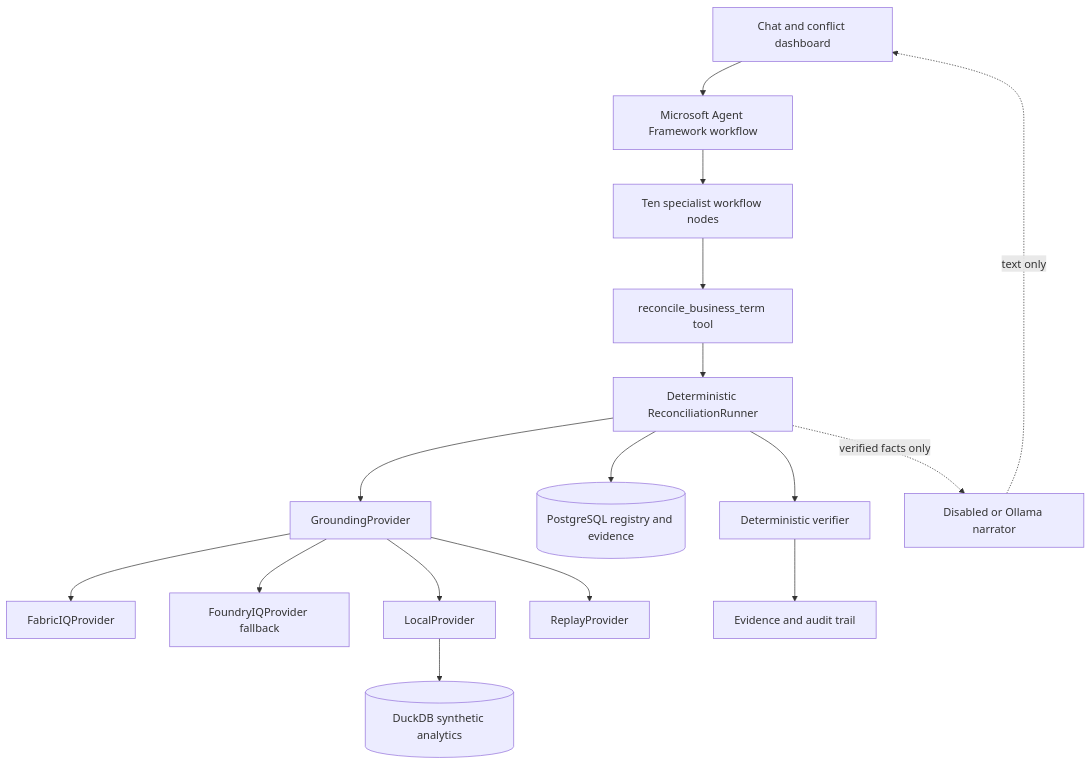
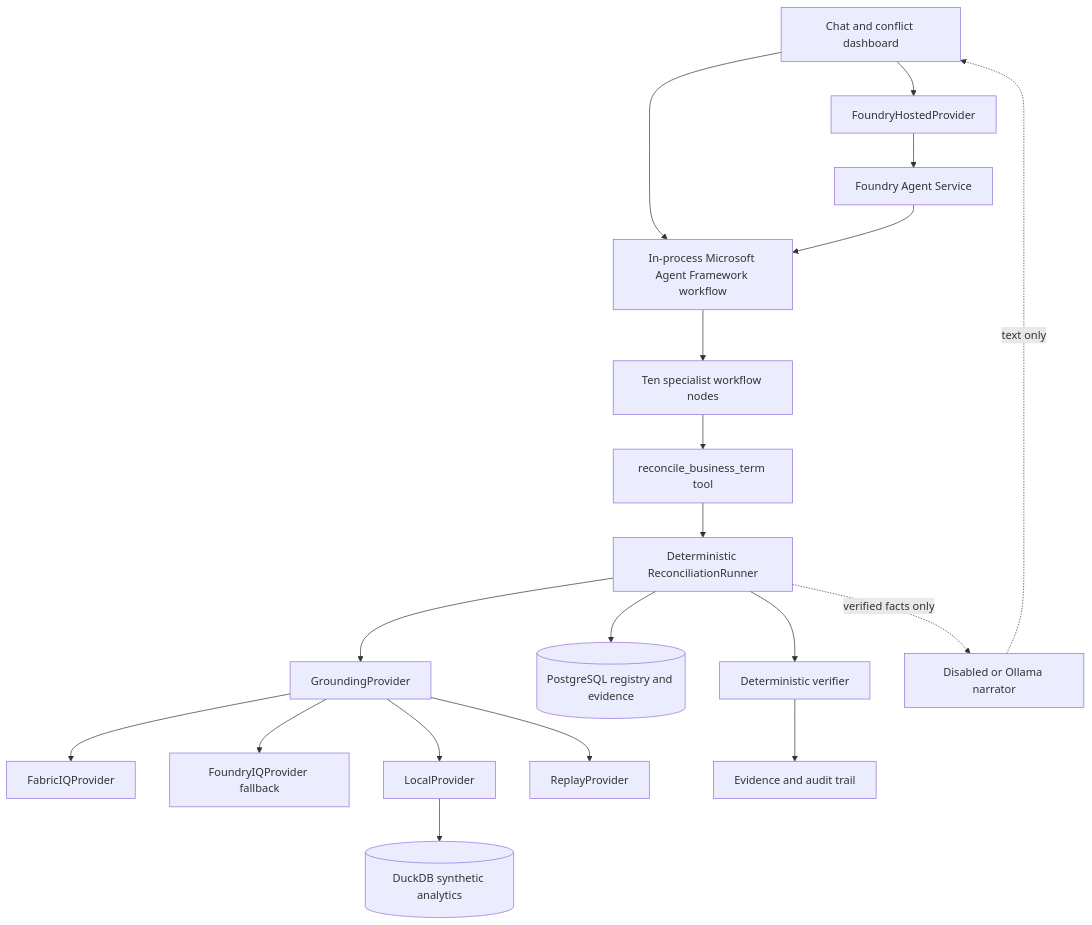
One commit to karimbaidar/concordIQ changed the diagram in README.md. Above: the diagram before and after it, drawn with Mermaid. The commit also changed other lines of this file and 23 other files, not shown here.

Commit message:
Add Foundry hosted app runtime

````diff
--- a/README.md
+++ b/README.md
@@ -271,18 +272,21 @@
 ```mermaid
 flowchart TD
-    UI["Chat and conflict dashboard"] --> MAF["Microsoft Agent Framework workflow"]
+    UI["Chat and conflict dashboard"] --> MAF["In-process Microsoft Agent Framework workflow"]
+    UI --> HOSTED["FoundryHostedProvider"]
+    HOSTED --> SERVICE["Foundry Agent Service"]
+    SERVICE --> MAF
     MAF --> NODES["Ten specialist workflow nodes"]
     NODES --> TOOL["reconcile_business_term tool"]
     TOOL --> ENGINE["Deterministic ReconciliationRunner"]
     ENGINE --> GROUNDING["GroundingProvider"]
     GROUNDING --> FABRIC["FabricIQProvider"]
     GROUNDING --> FOUNDRY["FoundryIQProvider fallback"]
     GROUNDING --> LOCAL["LocalProvider"]
     GROUNDING --> REPLAY["ReplayProvider"]
     LOCAL --> DUCKDB[("DuckDB synthetic analytics")]
     ENGINE --> POSTGRES[("PostgreSQL registry and evidence")]
     ENGINE --> VERIFY["Deterministic verifier"]
     VERIFY --> AUDIT["Evidence and audit trail"]
     ENGINE -. "verified facts only" .-> LLM["Disabled or Ollama narrator"]
     LLM -. "text only" .-> UI
 ```
````
